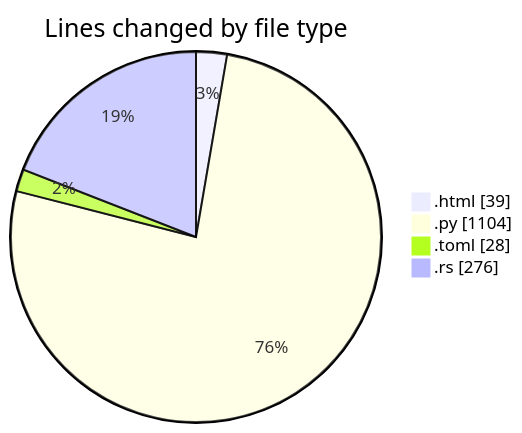
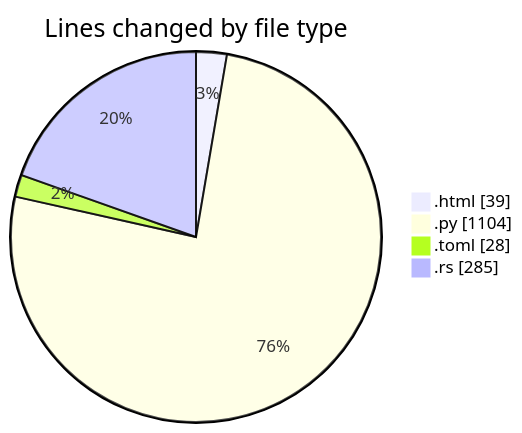
One commit to Ritupan-Deka/code-tracking changed the first of 2 diagrams in 2025-06-22/___base/README.md. Above: the diagram before and after it, drawn with Mermaid. The commit also changed other lines of this file and 1 other file, not shown here.

````diff
--- a/2025-06-22/___base/README.md
+++ b/2025-06-22/___base/README.md
@@ -25,8 +25,8 @@
 ```mermaid
 pie showData
 title Lines changed by file type
 ".html" : 39
 ".py" : 1104
 ".toml" : 28
-".rs" : 276
+".rs" : 285
 ```
````
